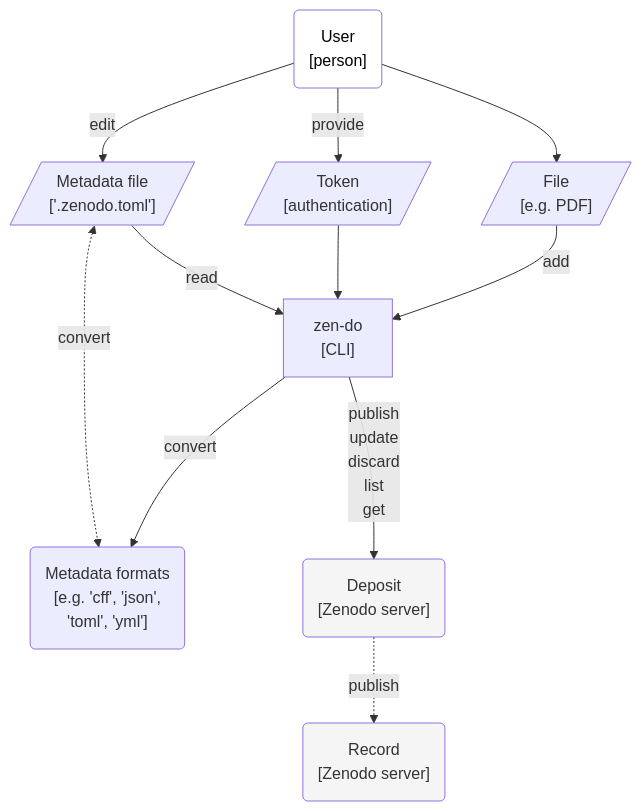
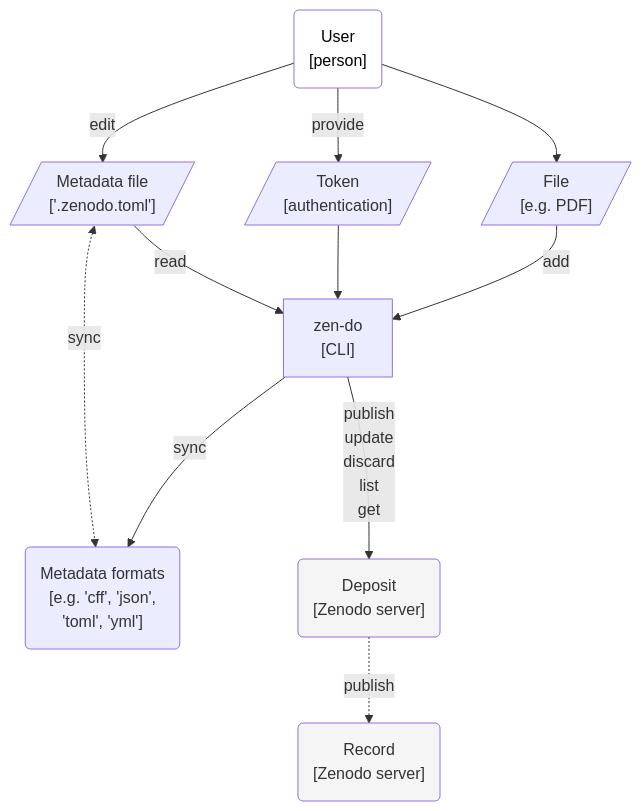
The first of 2 diagrams in docs/design/architecture.qmd (seedcase-project/zen-do), drawn with Mermaid before and after one commit. The commit also changed other lines of this file and 6 other files, not shown here.

Commit message:
refactor: 🚚 rename `convert` to `sync` (#282)

````diff
--- a/docs/design/architecture.qmd
+++ b/docs/design/architecture.qmd
@@ -57,39 +57,39 @@
 ```{mermaid}
 %%| label: fig-c4-context
 %%| fig-cap: >-
 %%|   Diagram showing the interaction between user and external systems that
 %%|   zen-do interacts with. The parallogram boxes represent input, the
 %%|   rectangle represents the CLI, and the rounded boxes represent the start
 %%|   and end points of the flow. The gray boxes represent external systems, in
 %%|   this case, the Zenodo server.
 %%| fig-alt: >-
 %%|   Flowchart diagram with boxes and arrows/connections for the different
 %%|   objects and actions. The user interacts with the metadata file, the
 %%|   metadata formats, the CLI, the file to add to a deposit, and the Zenodo
 %%|   server for both deposits and records.
 
 flowchart TB
     user("User<br>[person]"):::user
     metadata[/"Metadata file<br>['.zenodo.toml']"/]
     metadata_formats("Metadata formats<br>[e.g. 'cff', 'json',<br>'toml', 'yml']")
     deposit("Deposit<br>[Zenodo server]"):::external
     record("Record<br>[Zenodo server]"):::external
     file[/"File<br>[e.g. PDF]"/]
     token[/"Token<br>[authentication]"/]
     zen_do["zen-do<br>[CLI]"]
 
     user -->|edit| metadata
     user -->|provide| token
     metadata -->|read| zen_do
-    metadata <-.->|convert| metadata_formats
+    metadata <-.->|sync| metadata_formats
     token --> zen_do
-    zen_do -->|convert| metadata_formats
+    zen_do -->|sync| metadata_formats
     file -->|add| zen_do
     user --> file
     zen_do -->|publish<br>update<br>discard<br>list<br>get| deposit
     deposit -.->|publish| record
 
     %% Styling
     classDef user fill:#FFFFFF,color:#000000;
     classDef external fill:#F5F5F5;
 ```
````
